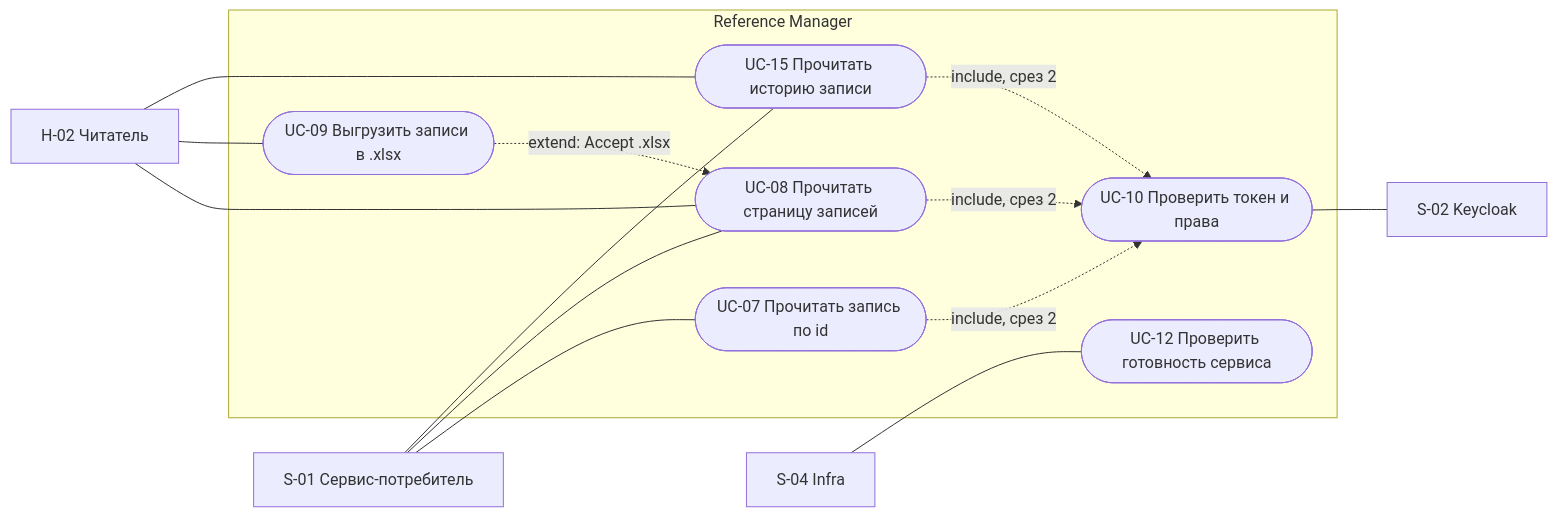
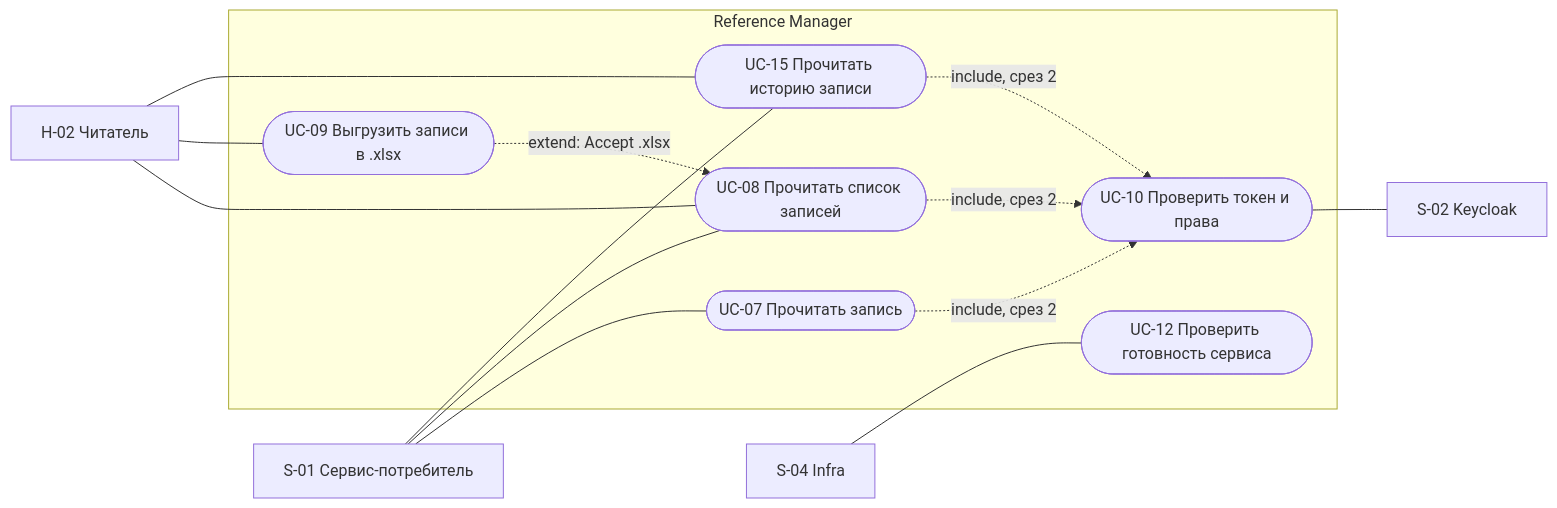
One commit to MEPhI-C22-501/arch-info-system-monorepo changed the second of 2 diagrams in reference-manager/docs/block-b-domain-analysis/060.use-cases.md. Above: the diagram before and after it, drawn with Mermaid. The commit also changed other lines of this file and 30 other files, not shown here.

````diff
--- a/reference-manager/docs/block-b-domain-analysis/060.use-cases.md
+++ b/reference-manager/docs/block-b-domain-analysis/060.use-cases.md
@@ -49,27 +45,27 @@
 ```mermaid
 flowchart LR
     H2["H-02 Читатель"]
     S1["S-01 Сервис-потребитель"]
     S4["S-04 Infra"]
     KC["S-02 Keycloak"]
     subgraph RM["Reference Manager"]
-        U7(["UC-07 Прочитать запись по id"])
-        U8(["UC-08 Прочитать страницу записей"])
+        U7(["UC-07 Прочитать запись"])
+        U8(["UC-08 Прочитать список записей"])
         U9(["UC-09 Выгрузить записи в .xlsx"])
         U10(["UC-10 Проверить токен и права"])
+        U12(["UC-12 Проверить готовность сервиса"])
         U15(["UC-15 Прочитать историю записи"])
-        U12(["UC-12 Проверить готовность сервиса"])
     end
     H2 --- U8
     H2 --- U9
+    H2 --- U15
     S1 --- U7
     S1 --- U8
+    S1 --- U15
     S4 --- U12
     U9 -.->|"extend: Accept .xlsx"| U8
     U7 -.->|"include, срез 2"| U10
     U8 -.->|"include, срез 2"| U10
-    H2 --- U15
-    S1 --- U15
     U15 -.->|"include, срез 2"| U10
     U10 --- KC
 ```
````
